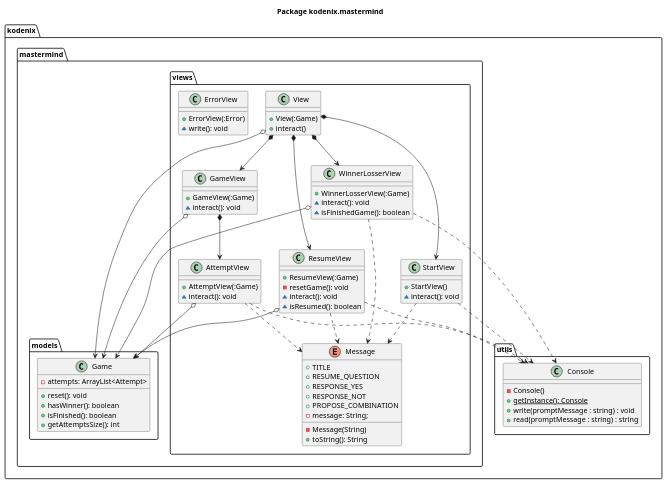
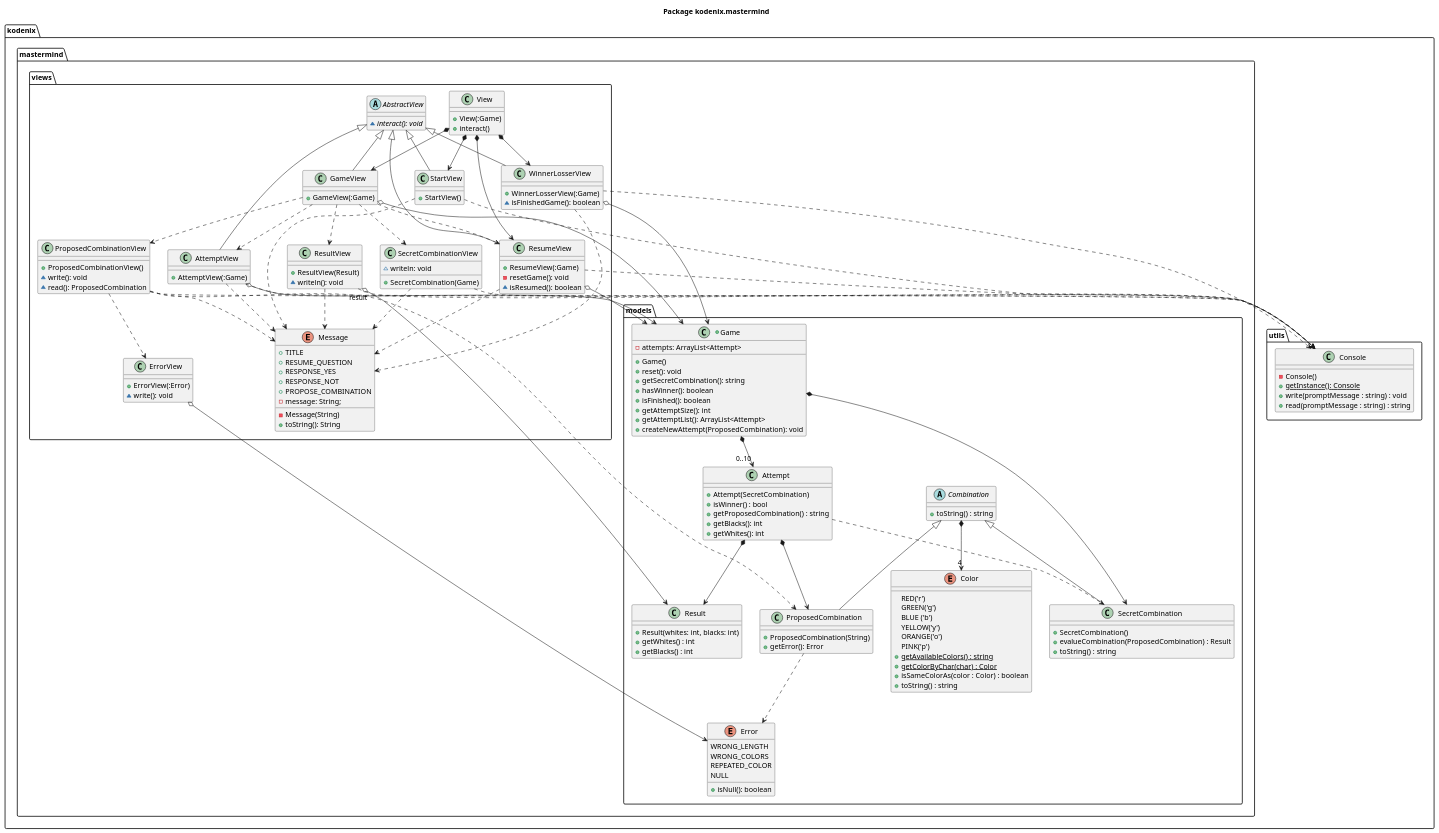
The diagram in docs/diagrams/src/paquetes/kodenix.mastermind.views.plantuml (Master-Desarrollo-20-21/diseno-oo-ejercicio2-mastermind-document-view-kodenix), drawn with PlantUML before and after one commit. The commit also changed 18 other files, not shown here.

```diff
--- a/docs/diagrams/src/paquetes/kodenix.mastermind.views.plantuml
+++ b/docs/diagrams/src/paquetes/kodenix.mastermind.views.plantuml
@@ -1,92 +1,194 @@
 @startuml package-mastermind
 title Package kodenix.mastermind 
 
 package kodenix.mastermind.views {
     class View {
         +View(:Game)
         +interact()
     }
+
+    abstract class AbstractView {
+        ~{abstract} interact(): void
+    }
+
     class StartView {
         +StartView()
-        ~interact(): void
     }
     class ResumeView {
         +ResumeView(:Game)
         -resetGame(): void
-        ~interact(): void
         ~isResumed(): boolean
     }
     class WinnerLosserView {
         +WinnerLosserView(:Game)
-        ~interact(): void
         ~isFinishedGame(): boolean
     }
     class GameView {
         +GameView(:Game)
-        ~interact(): void
     }
     class AttemptView {
         +AttemptView(:Game)
-        ~interact(): void
+    }
+
+    class SecretCombinationView {
+        +SecretCombination(Game)
+        ~writeln: void
     }
     
     class ErrorView {
         +ErrorView(:Error)
         ~write(): void
+    }
+
+    class ResultView {
+        +ResultView(Result)
+        ~writeln(): void
+    }
+
+    class ProposedCombinationView {
+        +ProposedCombinationView()
+        ~write(): void
+        ~read(): ProposedCombination
     }
 
     enum Message {
         +TITLE
         +RESUME_QUESTION
         +RESPONSE_YES
         +RESPONSE_NOT
         +PROPOSE_COMBINATION
         -message: String;
         -Message(String)
         +toString(): String
     }
+
+    AbstractView <|-- StartView
+    AbstractView <|-- ResumeView
+    AbstractView <|-- WinnerLosserView
+    AbstractView <|-- GameView
+    AbstractView <|-- AttemptView
     
     View *-down-> StartView
     View *-down-> GameView
     View *-down-> ResumeView
     View *-down-> WinnerLosserView
-    GameView *-down-> AttemptView 
+    GameView .down.> AttemptView 
+    GameView .down.> ProposedCombinationView
+    GameView .down.> ResumeView
+    GameView .down.> SecretCombinationView
+    GameView .down.> ResultView
     
     StartView .down.> Message
     StartView .down.> kodenix.utils.Console
     ResumeView .down.> Message
     ResumeView .down.> kodenix.utils.Console
-    'GameView .down.> kodenix.utils.Console
     AttemptView .down.> Message
     AttemptView .down.> kodenix.utils.Console
     WinnerLosserView .down.> Message
     WinnerLosserView .down.> kodenix.utils.Console
+    ProposedCombinationView .down.> Message
+    ProposedCombinationView .down.> ErrorView
+    ProposedCombinationView .down.> kodenix.utils.Console
+    SecretCombinationView .down.> Message
+    SecretCombinationView .down.> kodenix.utils.Console
+    ResultView .down.> Message
+    ResultView .down.> kodenix.utils.Console
     
-    
-    View o--> kodenix.mastermind.models.Game
     GameView o--> kodenix.mastermind.models.Game
     ResumeView o--> kodenix.mastermind.models.Game
     AttemptView o--> kodenix.mastermind.models.Game
     WinnerLosserView o--> kodenix.mastermind.models.Game
+    ErrorView o--> kodenix.mastermind.models.Error
+    ProposedCombinationView .down.> kodenix.mastermind.models.ProposedCombination
+    ResultView "result" o--> kodenix.mastermind.models.Result
 }
 
 package kodenix.mastermind.models {
-    class Game {
+    +class Game {
         -attempts: ArrayList<Attempt>
+        +Game()
         +reset(): void
+        +getSecretCombination(): string
         +hasWinner(): boolean
         +isFinished(): boolean
-        +getAttemptsSize(): int
+        +getAttemptSize(): int
+        +getAttemptList(): ArrayList<Attempt>
+        +createNewAttempt(ProposedCombination): void
     }
+
+    class Attempt{
+        +Attempt(SecretCombination)
+        +isWinner() : bool
+        +getProposedCombination() : string
+        +getBlacks(): int
+        +getWhites(): int
+    }
+
+
+    class Result{
+        +Result(whites: int, blacks: int)
+        +getWhites() : int
+        +getBlacks() : int
+    }
+
+    enum Color{
+        RED('r')
+        GREEN('g')
+        BLUE ('b')
+        YELLOW('y')
+        ORANGE('o')
+        PINK('p')
+        +{static} getAvailableColors() : string
+        +{static} getColorByChar(char) : Color
+        +isSameColorAs(color : Color) : boolean
+        +toString() : string
+    }
+
+    abstract class Combination{
+        +toString() : string
+    }
+
+    class SecretCombination{
+        +SecretCombination()
+        +evalueCombination(ProposedCombination) : Result
+        +toString() : string
+    }
+
+    class ProposedCombination{
+        +ProposedCombination(String)
+        +getError(): Error
+    }
+
+    enum Error{
+        WRONG_LENGTH
+        WRONG_COLORS
+        REPEATED_COLOR
+        NULL
+        
+        +isNull(): boolean
+    }
+
+    Game *--> SecretCombination
+    Game *--> "0..10" Attempt
+
+    Combination ^-- SecretCombination
+    Combination ^-- ProposedCombination
+    Combination *--> "4" Color
+
+    Attempt *--> ProposedCombination
+    Attempt *--> Result
+    Attempt ..> SecretCombination
+    ProposedCombination ..> Error
+
 }
 
 package kodenix.utils {
     class Console {
         -Console()
         +{static} getInstance(): Console
         +write(promptMessage : string) : void
         +read(promptMessage : string) : string
     }
 }
 
 @enduml
```
